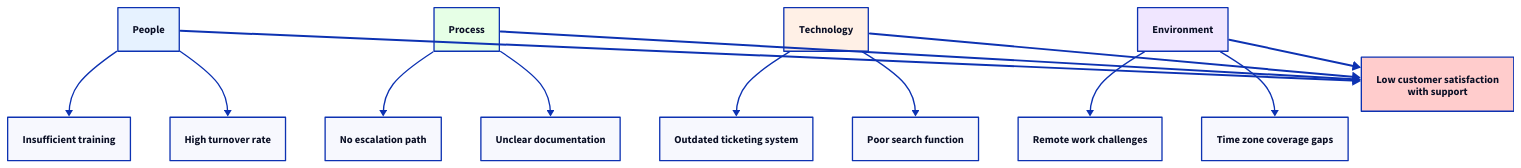
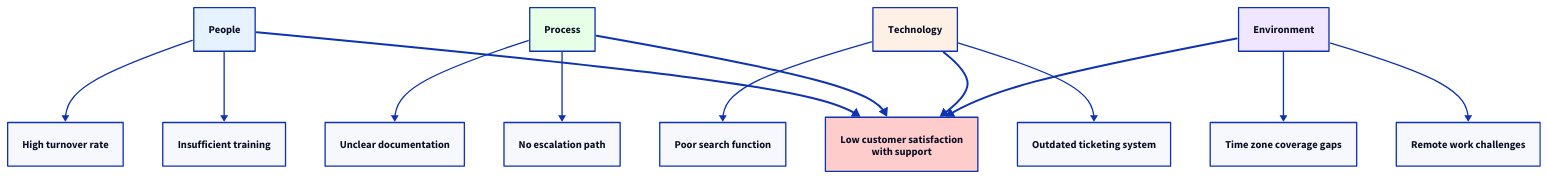
One commit to tallyfy/documentation changed the diagram in src/content/docs/pro/tutorials/how-to/process-improvement/simple-root-cause-analysis-techniques.mdx. Above: the diagram before and after it, drawn with D2. The commit also changed 7 other files, not shown here.

````diff
--- a/src/content/docs/pro/tutorials/how-to/process-improvement/simple-root-cause-analysis-techniques.mdx
+++ b/src/content/docs/pro/tutorials/how-to/process-improvement/simple-root-cause-analysis-techniques.mdx
@@ -64,74 +64,73 @@
 ```d2
 # Fishbone Diagram - Root Cause Analysis
 
 # Problem Statement (Fish Head)
 Problem: "Low customer satisfaction\nwith support" {
   shape: rectangle
   style.fill: "#ffcccc"
   style.bold: true
-  near: center-right
 }
 
 # Main Categories (Main Bones)
 People: "People" {
   shape: rectangle
   style.fill: "#e6f2ff"
 }
 
 Process: "Process" {
   shape: rectangle
   style.fill: "#e6ffe6"
 }
 
 Technology: "Technology" {
   shape: rectangle
   style.fill: "#fff0e6"
 }
 
 Environment: "Environment" {
   shape: rectangle
   style.fill: "#f0e6ff"
 }
 
 # Specific Causes (Sub-bones)
 P1: "Insufficient training"
 P2: "High turnover rate"
 
 Pr1: "No escalation path"
 Pr2: "Unclear documentation"
 
 T1: "Outdated ticketing system"
 T2: "Poor search function"
 
 E1: "Remote work challenges"
 E2: "Time zone coverage gaps"
 
 # Main connections (spine and main bones)
 Problem <- People {
   style.stroke-width: 3
 }
 Problem <- Process {
   style.stroke-width: 3
 }
 Problem <- Technology {
   style.stroke-width: 3
 }
 Problem <- Environment {
   style.stroke-width: 3
 }
 
 # Sub-connections (smaller bones)
 People -> P1
 People -> P2
 Process -> Pr1
 Process -> Pr2
 Technology -> T1
 Technology -> T2
 Environment -> E1
 Environment -> E2
 
 # Note: Clickable links are indicated in the original
 # People link: /products/pro/documenting/members/index/ "Learn about team management"
 # Process link: /products/pro/documenting/templates/index/ "Improve your processes"
 # Technology link: /products/pro/integrations/index/ "Explore integration options"
 ```
````
